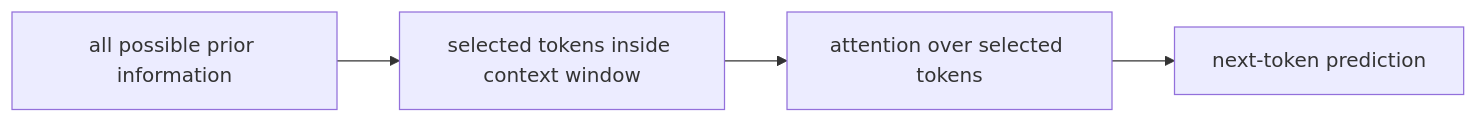
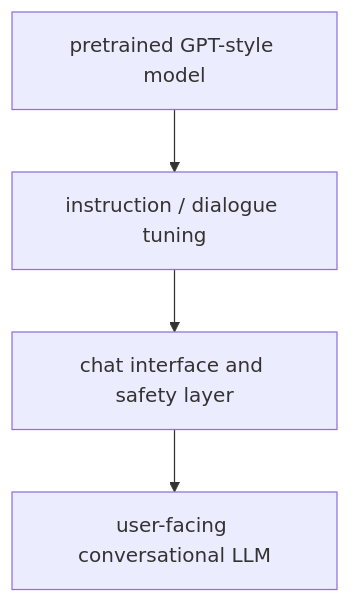
Before and after one commit to devchan64/AiBook: the diagram in docs/parts/part-05/chapter-04/section-02.md, drawn with Mermaid. The commit also changed other lines of this file and 47 other files, not shown here.

````diff
--- a/docs/parts/part-05/chapter-04/section-02.md
+++ b/docs/parts/part-05/chapter-04/section-02.md
@@ -102,9 +127,9 @@
 ```mermaid
-flowchart LR
-  A["all possible prior information"]
-  B["selected tokens inside context window"]
-  C["attention over selected tokens"]
-  D["next-token prediction"]
+flowchart TD
+  A["pretrained GPT-style model"]
+  B["instruction / dialogue tuning"]
+  C["chat interface and safety layer"]
+  D["user-facing conversational LLM"]
 
   A --> B --> C --> D
 ```
````
